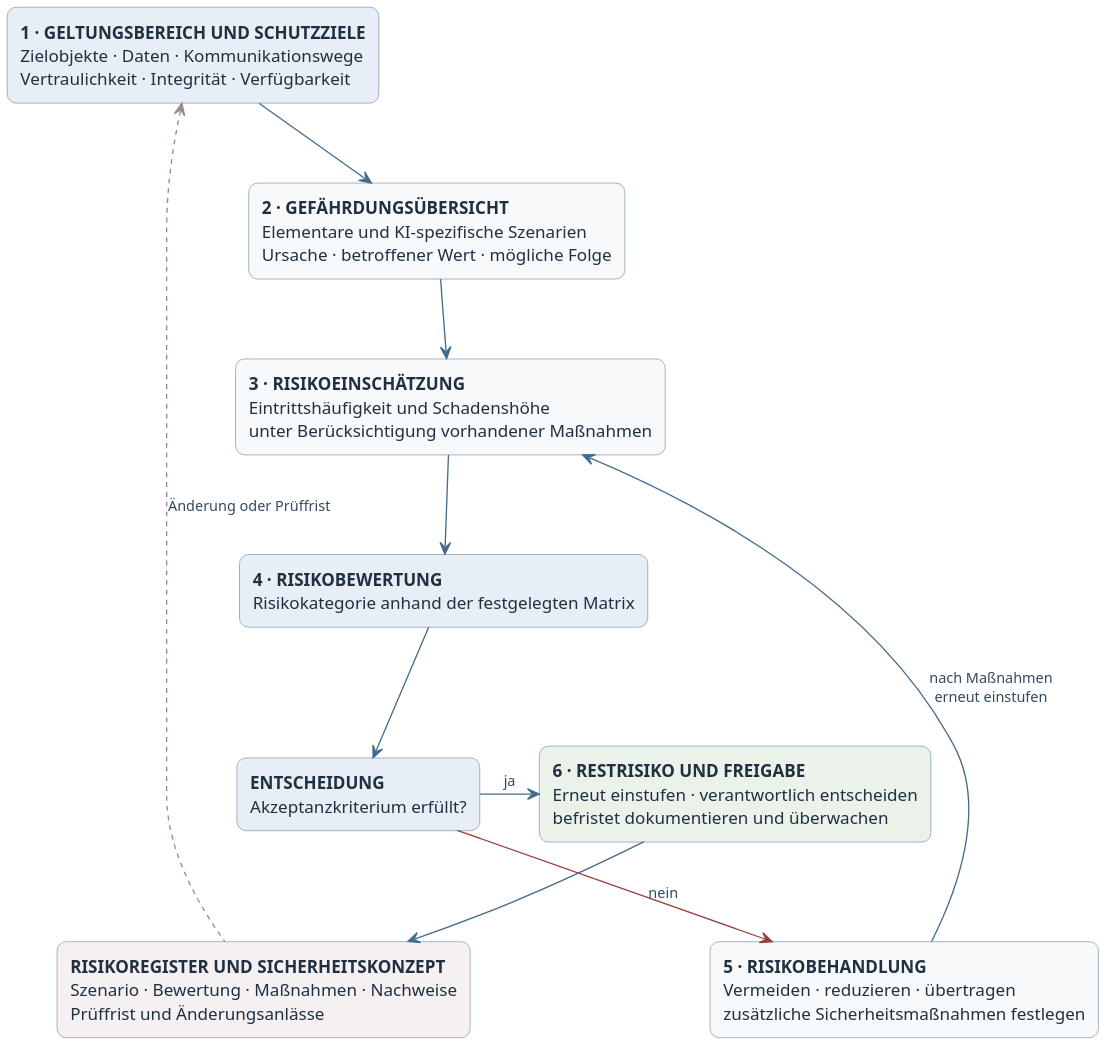
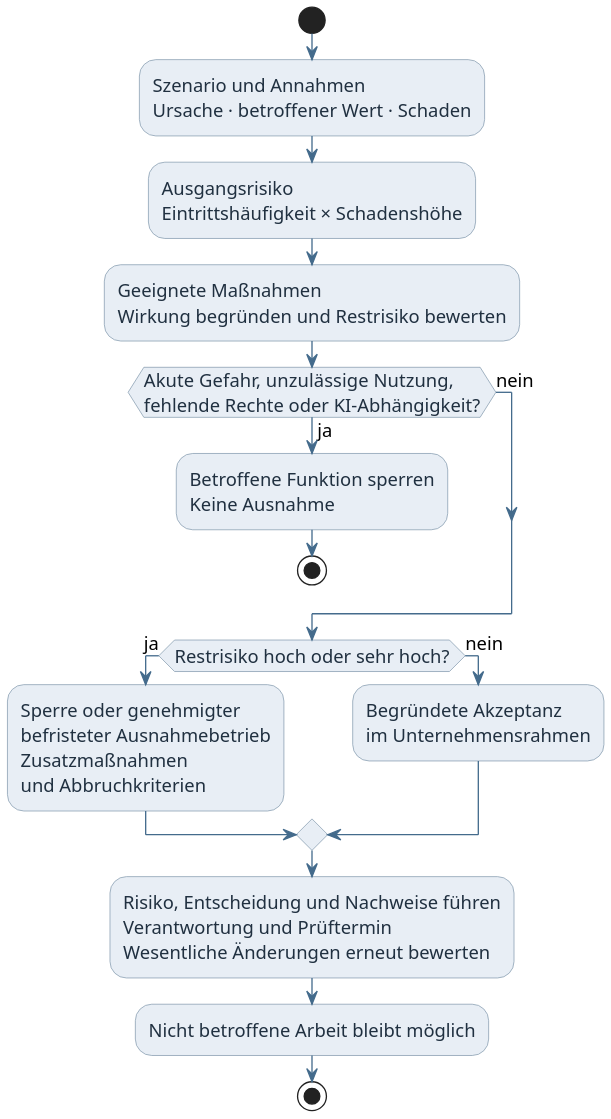
The diagram in diagramme/risikobewertung.puml (adrianweidig/allgemeines-ki-it-sicherheitskonzept), drawn with PlantUML before and after one commit. The commit also changed 37 other files, not shown here.

```diff
--- a/diagramme/risikobewertung.puml
+++ b/diagramme/risikobewertung.puml
@@ -1,38 +1,35 @@
 @startuml
-top to bottom direction
-
 skinparam dpi 180
 skinparam backgroundColor #FFFFFF
 skinparam shadowing false
-skinparam roundCorner 14
 skinparam defaultFontName Arial
-skinparam defaultFontSize 13
+skinparam defaultFontSize 14
 skinparam ArrowColor #446B8C
-skinparam ArrowFontColor #334A5E
-skinparam ArrowFontSize 11
-skinparam rectangle {
+skinparam activity {
+  BackgroundColor #E8EEF5
   BorderColor #7890A5
-  BackgroundColor #F7F9FB
   FontColor #203040
 }
-
-rectangle "**1 · GELTUNGSBEREICH UND SCHUTZZIELE**\nZielobjekte · Daten · Kommunikationswege\nVertraulichkeit · Integrität · Verfügbarkeit" as rahmen #E8EEF5
-rectangle "**2 · GEFÄHRDUNGSÜBERSICHT**\nElementare und KI-spezifische Szenarien\nUrsache · betroffener Wert · mögliche Folge" as gefaehrdung
-rectangle "**3 · RISIKOEINSCHÄTZUNG**\nEintrittshäufigkeit und Schadenshöhe\nunter Berücksichtigung vorhandener Maßnahmen" as einschaetzung
-rectangle "**4 · RISIKOBEWERTUNG**\nRisikokategorie anhand der festgelegten Matrix" as bewertung #E8EEF5
-rectangle "**ENTSCHEIDUNG**\nAkzeptanzkriterium erfüllt?" as akzeptabel #E8EEF5
-rectangle "**5 · RISIKOBEHANDLUNG**\nVermeiden · reduzieren · übertragen\nzusätzliche Sicherheitsmaßnahmen festlegen" as behandlung #F7F9FB
-rectangle "**6 · RESTRISIKO UND FREIGABE**\nErneut einstufen · verantwortlich entscheiden\nbefristet dokumentieren und überwachen" as restrisiko #EAF2EA
-rectangle "**RISIKOREGISTER UND SICHERHEITSKONZEPT**\nSzenario · Bewertung · Maßnahmen · Nachweise\nPrüffrist und Änderungsanlässe" as dokumentation #F5F1F3
-
-rahmen -down-> gefaehrdung
-gefaehrdung -down-> einschaetzung
-einschaetzung -down-> bewertung
-bewertung -down-> akzeptabel
-akzeptabel -right-> restrisiko : ja
-akzeptabel -[#9B3D3D]down-> behandlung : nein
-behandlung -left-> einschaetzung : nach Maßnahmen\nerneut einstufen
-restrisiko -down-> dokumentation
-dokumentation -[#9A8791,dashed]left-> rahmen : Änderung oder Prüffrist
-
+skinparam rectangle {
+  BackgroundColor #E8EEF5
+  BorderColor #7890A5
+  FontColor #203040
+}
+start
+:Szenario und Annahmen\nUrsache · betroffener Wert · Schaden;
+:Ausgangsrisiko\nEintrittshäufigkeit × Schadenshöhe;
+:Geeignete Maßnahmen\nWirkung begründen und Restrisiko bewerten;
+if (Akute Gefahr, unzulässige Nutzung,\nfehlende Rechte oder KI-Abhängigkeit?) then (ja)
+  :Betroffene Funktion sperren\nKeine Ausnahme;
+  stop
+else (nein)
+endif
+if (Restrisiko hoch oder sehr hoch?) then (ja)
+  :Sperre oder genehmigter\nbefristeter Ausnahmebetrieb\nZusatzmaßnahmen\nund Abbruchkriterien;
+else (nein)
+  :Begründete Akzeptanz\nim Unternehmensrahmen;
+endif
+:Risiko, Entscheidung und Nachweise führen\nVerantwortung und Prüftermin\nWesentliche Änderungen erneut bewerten;
+:Nicht betroffene Arbeit bleibt möglich;
+stop
 @enduml
```
